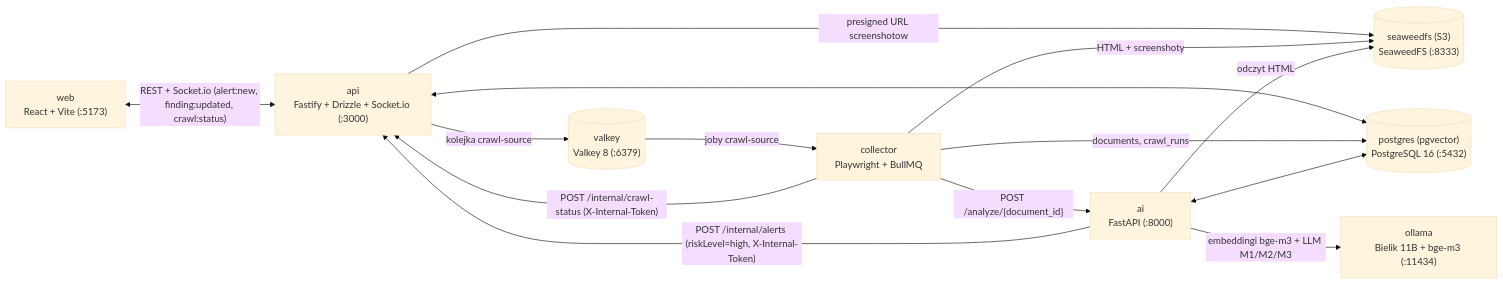
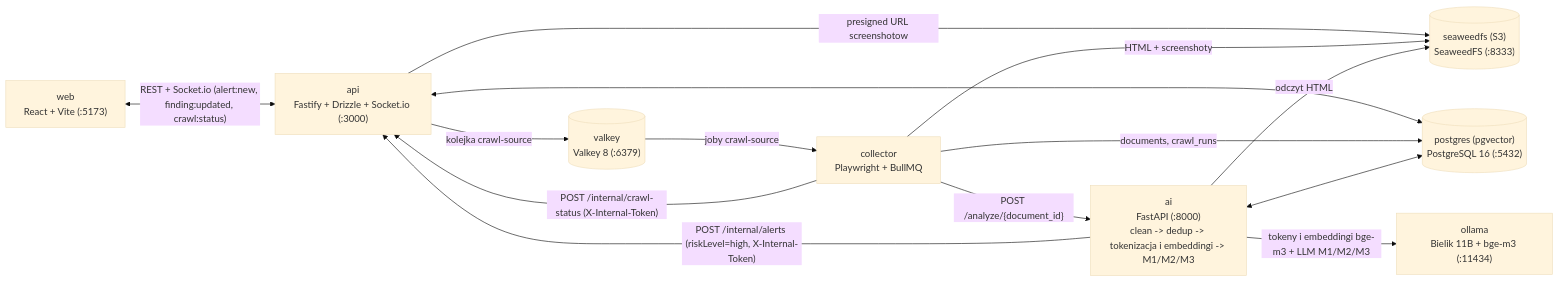
One commit to KacperBartlomiejczak/Hackathon changed the diagram in README.md. Above: the diagram before and after it, drawn with Mermaid (base theme). The commit also changed other lines of this file and 4 other files, not shown here.

````diff
--- a/README.md
+++ b/README.md
@@ -7,25 +7,25 @@
 ```mermaid
 flowchart LR
   web["web<br/>React + Vite (:5173)"]
   api["api<br/>Fastify + Drizzle + Socket.io (:3000)"]
   collector["collector<br/>Playwright + BullMQ"]
-  ai["ai<br/>FastAPI (:8000)"]
+  ai["ai<br/>FastAPI (:8000)<br/>clean -> dedup -> tokenizacja i embeddingi -> M1/M2/M3"]
   pg[("postgres (pgvector)<br/>PostgreSQL 16 (:5432)")]
   valkey[("valkey<br/>Valkey 8 (:6379)")]
   s3[("seaweedfs (S3)<br/>SeaweedFS (:8333)")]
   ollama["ollama<br/>Bielik 11B + bge-m3 (:11434)"]
 
   web <-- "REST + Socket.io (alert:new, finding:updated, crawl:status)" --> api
   api -- "kolejka crawl-source" --> valkey
   api <--> pg
   api -- "presigned URL screenshotow" --> s3
   valkey -- "joby crawl-source" --> collector
   collector -- "HTML + screenshoty" --> s3
   collector -- "documents, crawl_runs" --> pg
   collector -- "POST /internal/crawl-status (X-Internal-Token)" --> api
   collector -- "POST /analyze/{document_id}" --> ai
   ai -- "odczyt HTML" --> s3
   ai <--> pg
-  ai -- "embeddingi bge-m3 + LLM M1/M2/M3" --> ollama
+  ai -- "tokeny i embeddingi bge-m3 + LLM M1/M2/M3" --> ollama
   ai -- "POST /internal/alerts (riskLevel=high, X-Internal-Token)" --> api
 ```
````
